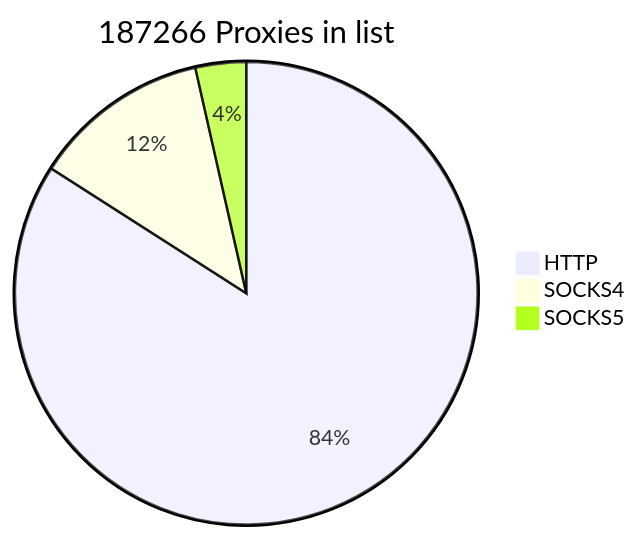
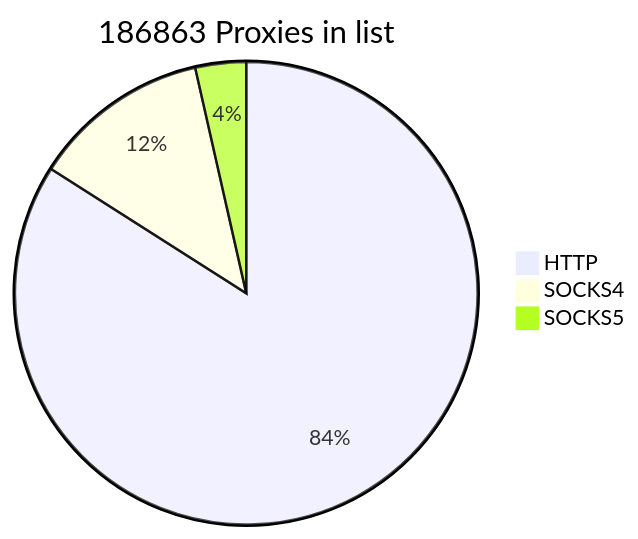
One commit to cutipu/proxylist changed the first of 2 diagrams in README.md. Above: the diagram before and after it, drawn with Mermaid. The commit also changed other lines of this file, not shown here.

````diff
--- a/README.md
+++ b/README.md
@@ -2,7 +2,7 @@
 ```mermaid
-pie title 187266 Proxies in list
-    "HTTP" : 157405
-    "SOCKS4" : 23239
-    "SOCKS5" : 6622
+pie title 186863 Proxies in list
+    "HTTP" : 157006
+    "SOCKS4" : 23236
+    "SOCKS5" : 6621
             
 ```
````
